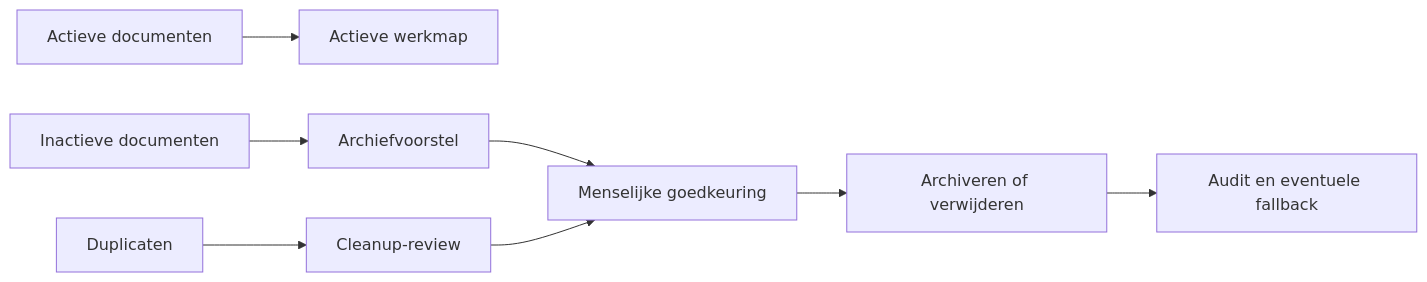
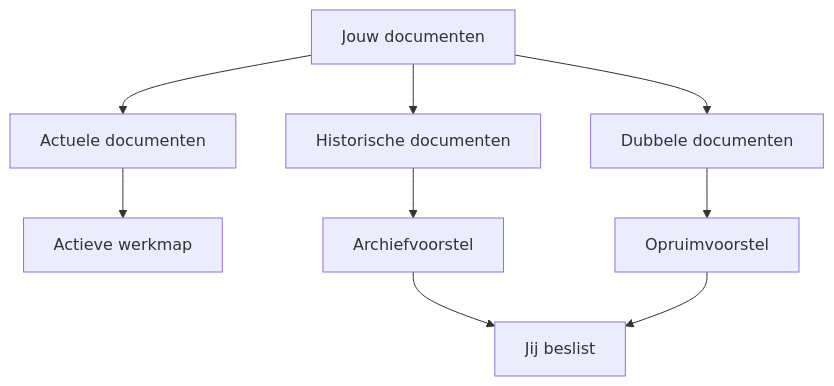
The sixth of 7 diagrams in docs/wiki/core-in-gewone-taal.md (hugcoding/core-platform), drawn with Mermaid before and after one commit. The commit also changed other lines of this file, not shown here.

````diff
--- a/docs/wiki/core-in-gewone-taal.md
+++ b/docs/wiki/core-in-gewone-taal.md
@@ -140,10 +108,11 @@
 ```mermaid
-flowchart LR
-    A["Actieve documenten"] --> B["Actieve werkmap"]
-    C["Inactieve documenten"] --> D["Archiefvoorstel"]
-    E["Duplicaten"] --> F["Cleanup-review"]
-    D --> G["Menselijke goedkeuring"]
-    F --> G
-    G --> H["Archiveren of verwijderen"]
-    H --> I["Audit en eventuele fallback"]
+flowchart TD
+    A["Jouw documenten"] --> B["Actuele documenten"]
+    A --> C["Historische documenten"]
+    A --> D["Dubbele documenten"]
+    B --> E["Actieve werkmap"]
+    C --> F["Archiefvoorstel"]
+    D --> G["Opruimvoorstel"]
+    F --> H["Jij beslist"]
+    G --> H
 ```
````
